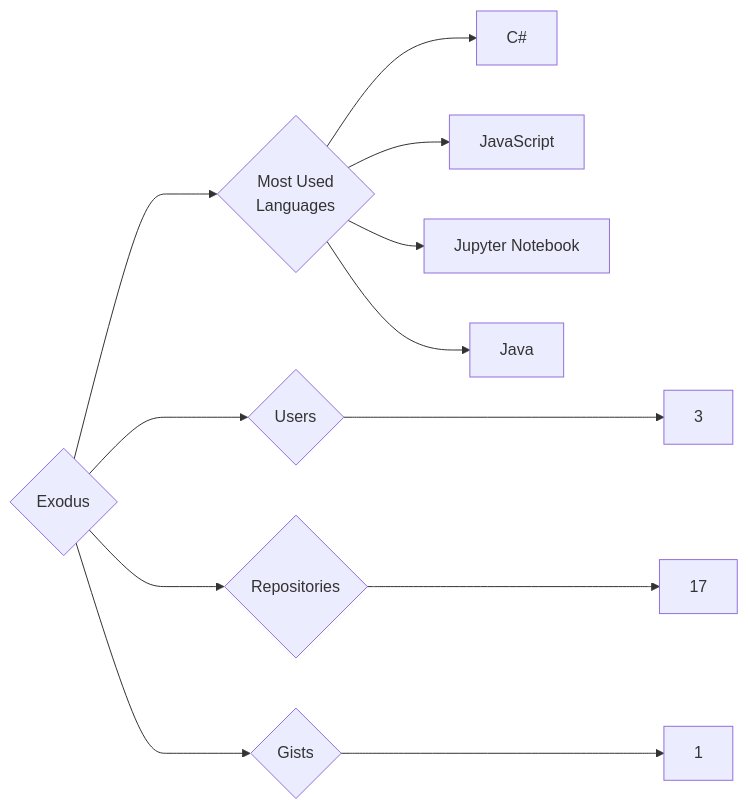
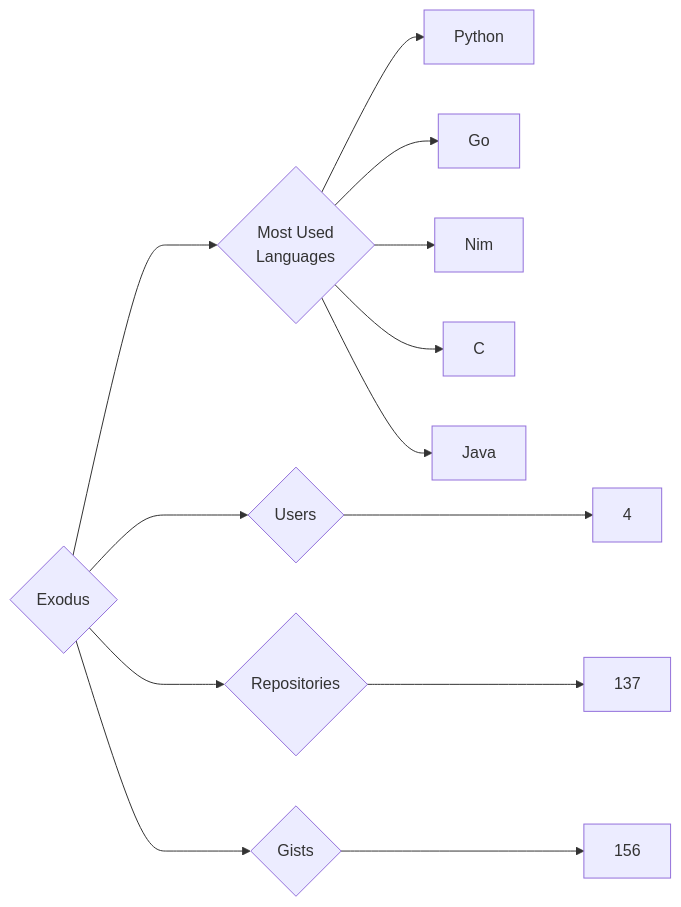
The diagram in targets/Exodus/README.md (trickest/insiders), drawn with Mermaid before and after one commit. The commit also changed 1212 other files, not shown here.

````diff
--- a/targets/Exodus/README.md
+++ b/targets/Exodus/README.md
@@ -3,12 +3,13 @@
 ```mermaid
 graph LR
 COMPANY_NAME{Exodus}
-COMPANY_NAME ---> U{Users} ---> UN[3]
-COMPANY_NAME ---> R{Repositories} ---> RN[17]
-COMPANY_NAME ---> G{Gists} ---> GN[1]
+COMPANY_NAME ---> U{Users} ---> UN[4]
+COMPANY_NAME ---> R{Repositories} ---> RN[137]
+COMPANY_NAME ---> G{Gists} ---> GN[156]
 COMPANY_NAME ---> ML{Most Used<br>Languages}
-ML --> C#[C#]
-ML --> JavaScript[JavaScript]
-ML --> Jupyter_Notebook[Jupyter Notebook]
+ML --> Python[Python]
+ML --> Go[Go]
+ML --> Nim[Nim]
+ML --> C[C]
 ML --> Java[Java]
 ```
````
